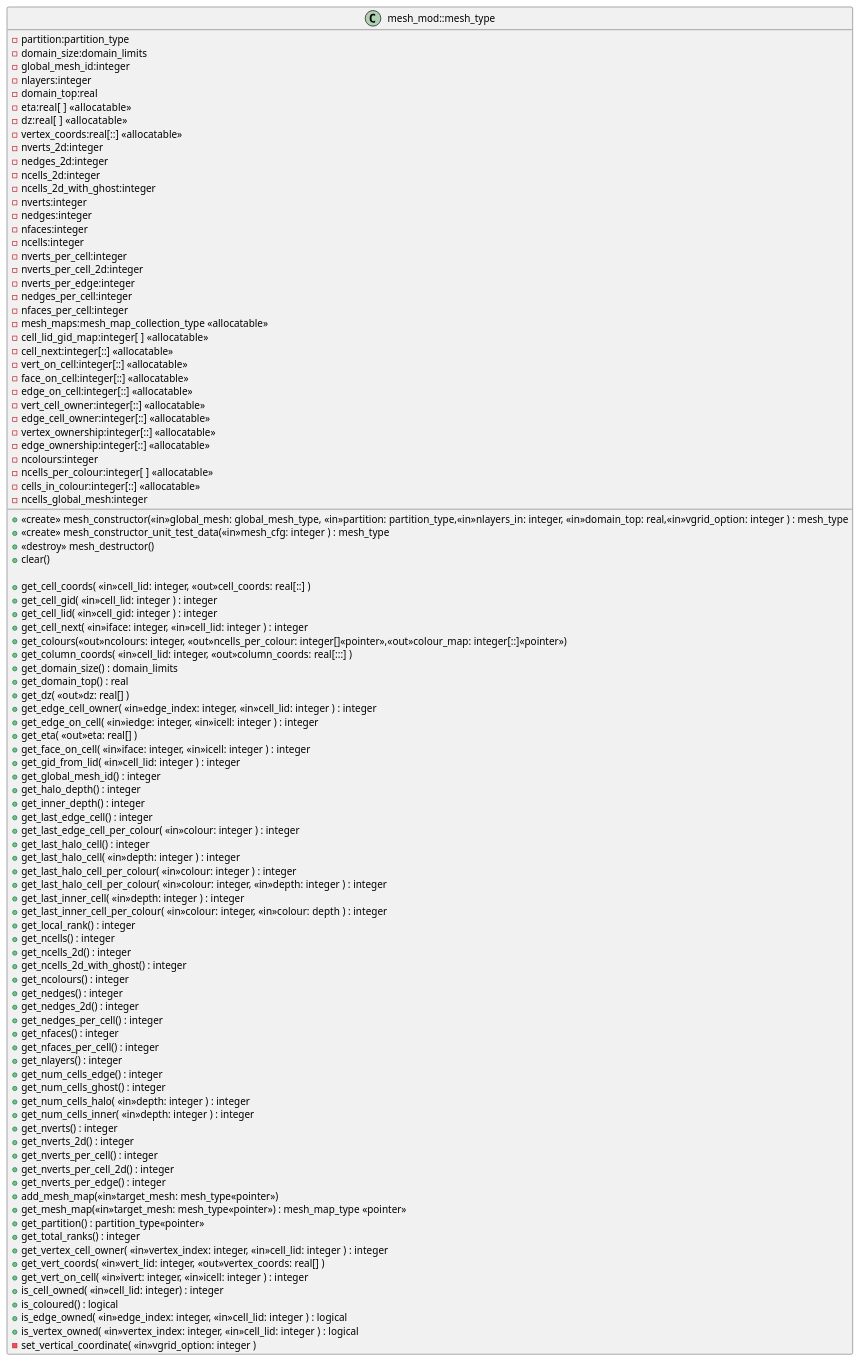
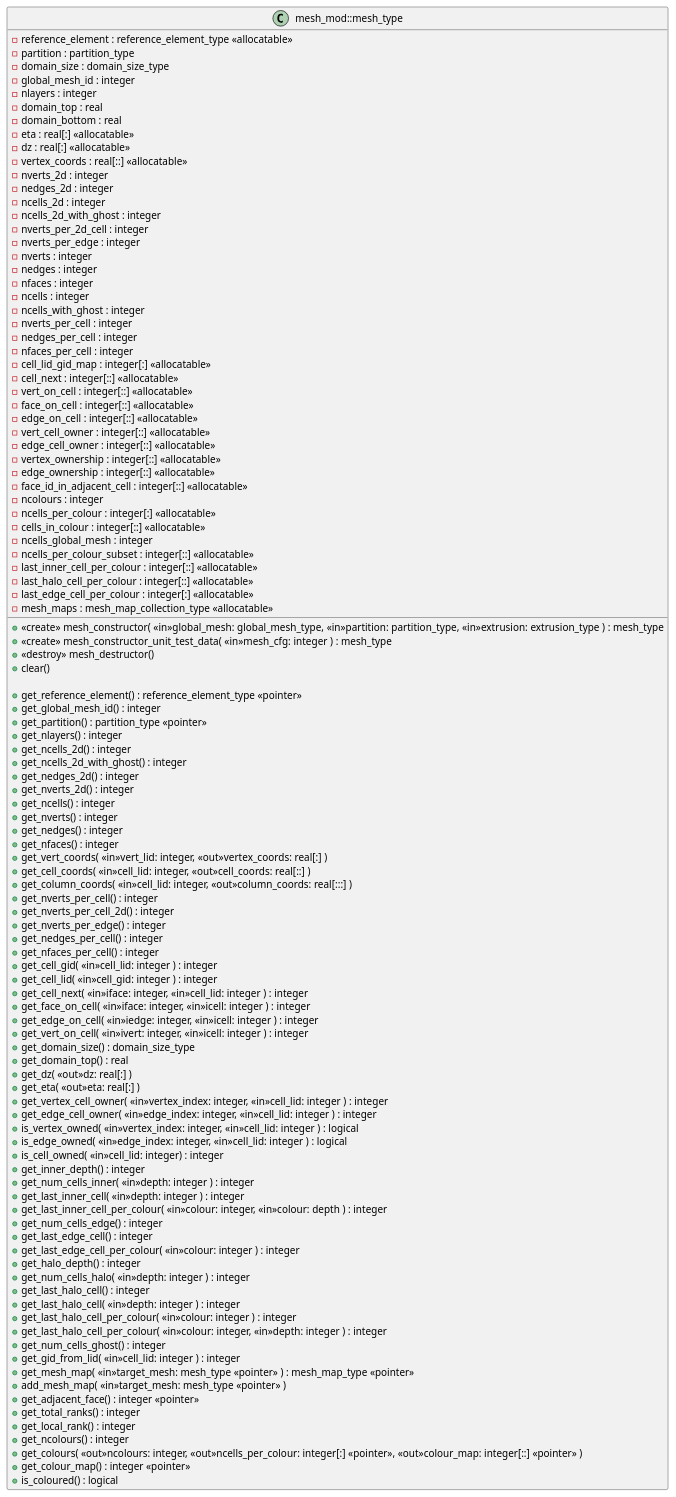
Before and after one commit to EdHone/lfric_core: the diagram in infrastructure/documentation/uml/mesh/mesh_mod.iuml, drawn with PlantUML. The commit also changed 48 other files, not shown here.

Commit message:
ticket:1916 for Iva Kavcic: Get horizontal and vertical vector direction arrays from reference element.

```diff
--- a/infrastructure/documentation/uml/mesh/mesh_mod.iuml
+++ b/infrastructure/documentation/uml/mesh/mesh_mod.iuml
@@ -1,100 +1,114 @@
+' Copyright (c) 2017,  Met Office, on behalf of HMSO and Queen's Printer
+' For further details please refer to the file LICENCE.original which you
+' should have received as part of this distribution.
+
 class mesh_mod::mesh_type {
-  -partition:partition_type
-  -domain_size:domain_limits
-  -global_mesh_id:integer
-  -nlayers:integer
-  -domain_top:real
-  -eta:real[  ] <<allocatable>>
-  -dz:real[  ] <<allocatable>>
-  -vertex_coords:real[::] <<allocatable>>
-  -nverts_2d:integer
-  -nedges_2d:integer
-  -ncells_2d:integer
-  -ncells_2d_with_ghost:integer
-  -nverts:integer
-  -nedges:integer
-  -nfaces:integer
-  -ncells:integer
-  -nverts_per_cell:integer
-  -nverts_per_cell_2d:integer
-  -nverts_per_edge:integer
-  -nedges_per_cell:integer
-  -nfaces_per_cell:integer
-  -mesh_maps:mesh_map_collection_type <<allocatable>>
-  -cell_lid_gid_map:integer[  ] <<allocatable>>
-  -cell_next:integer[::] <<allocatable>>
-  -vert_on_cell:integer[::] <<allocatable>>
-  -face_on_cell:integer[::] <<allocatable>>
-  -edge_on_cell:integer[::] <<allocatable>>
-  -vert_cell_owner:integer[::] <<allocatable>>
-  -edge_cell_owner:integer[::] <<allocatable>>
-  -vertex_ownership:integer[::] <<allocatable>>
-  -edge_ownership:integer[::] <<allocatable>>
-  -ncolours:integer
-  -ncells_per_colour:integer[  ] <<allocatable>>
-  -cells_in_colour:integer[::] <<allocatable>>
-  -ncells_global_mesh:integer
+  -reference_element : reference_element_type <<allocatable>>
+  -partition : partition_type
+  -domain_size : domain_size_type
+  -global_mesh_id : integer
+  -nlayers : integer
+  -domain_top : real
+  -domain_bottom : real
+  -eta : real[:] <<allocatable>>
+  -dz : real[:] <<allocatable>>
+  -vertex_coords : real[::] <<allocatable>>
+  -nverts_2d : integer
+  -nedges_2d : integer
+  -ncells_2d : integer
+  -ncells_2d_with_ghost : integer
+  -nverts_per_2d_cell : integer
+  -nverts_per_edge : integer
+  -nverts : integer
+  -nedges : integer
+  -nfaces : integer
+  -ncells : integer
+  -ncells_with_ghost : integer
+  -nverts_per_cell : integer
+  -nedges_per_cell : integer
+  -nfaces_per_cell : integer
+  -cell_lid_gid_map : integer[:] <<allocatable>>
+  -cell_next : integer[::] <<allocatable>>
+  -vert_on_cell : integer[::] <<allocatable>>
+  -face_on_cell : integer[::] <<allocatable>>
+  -edge_on_cell : integer[::] <<allocatable>>
+  -vert_cell_owner : integer[::] <<allocatable>>
+  -edge_cell_owner : integer[::] <<allocatable>>
+  -vertex_ownership : integer[::] <<allocatable>>
+  -edge_ownership : integer[::] <<allocatable>>
+  -face_id_in_adjacent_cell : integer[::] <<allocatable>>
+  -ncolours : integer
+  -ncells_per_colour : integer[:] <<allocatable>>
+  -cells_in_colour : integer[::] <<allocatable>>
+  -ncells_global_mesh : integer
+  -ncells_per_colour_subset : integer[::] <<allocatable>>
+  -last_inner_cell_per_colour : integer[::] <<allocatable>>
+  -last_halo_cell_per_colour : integer[::] <<allocatable>>
+  -last_edge_cell_per_colour : integer[:] <<allocatable>>
+  -mesh_maps : mesh_map_collection_type <<allocatable>>
 
-  +<<create>>  mesh_constructor(<<in>>global_mesh: global_mesh_type, <<in>>partition: partition_type,<<in>>nlayers_in: integer, <<in>>domain_top: real,<<in>>vgrid_option: integer ) : mesh_type
-  +<<create>>  mesh_constructor_unit_test_data(<<in>>mesh_cfg: integer ) : mesh_type
+  +<<create>>  mesh_constructor( <<in>>global_mesh: global_mesh_type, <<in>>partition: partition_type, <<in>>extrusion: extrusion_type ) : mesh_type
+  +<<create>>  mesh_constructor_unit_test_data( <<in>>mesh_cfg: integer ) : mesh_type
   +<<destroy>> mesh_destructor()
   +clear()
 
+  +get_reference_element() : reference_element_type <<pointer>>
+  +get_global_mesh_id() : integer
+  +get_partition() : partition_type <<pointer>>
+  +get_nlayers() : integer
+  +get_ncells_2d() : integer
+  +get_ncells_2d_with_ghost() : integer
+  +get_nedges_2d() : integer
+  +get_nverts_2d() : integer
+  +get_ncells() : integer
+  +get_nverts() : integer
+  +get_nedges() : integer
+  +get_nfaces() : integer
+  +get_vert_coords( <<in>>vert_lid: integer, <<out>>vertex_coords: real[:] )
   +get_cell_coords( <<in>>cell_lid: integer, <<out>>cell_coords: real[::] )
+  +get_column_coords( <<in>>cell_lid: integer, <<out>>column_coords: real[:::] )
+  +get_nverts_per_cell() : integer
+  +get_nverts_per_cell_2d() : integer
+  +get_nverts_per_edge() : integer
+  +get_nedges_per_cell() : integer
+  +get_nfaces_per_cell() : integer
   +get_cell_gid( <<in>>cell_lid: integer ) : integer
   +get_cell_lid( <<in>>cell_gid: integer ) : integer
   +get_cell_next( <<in>>iface: integer, <<in>>cell_lid: integer ) : integer
-  +get_colours(<<out>>ncolours: integer, <<out>>ncells_per_colour: integer[]<<pointer>>,<<out>>colour_map: integer[::]<<pointer>>)
-  +get_column_coords( <<in>>cell_lid: integer, <<out>>column_coords: real[:::] )
-  +get_domain_size() : domain_limits
+  +get_face_on_cell( <<in>>iface: integer, <<in>>icell: integer ) : integer
+  +get_edge_on_cell( <<in>>iedge: integer, <<in>>icell: integer ) : integer
+  +get_vert_on_cell( <<in>>ivert: integer, <<in>>icell: integer ) : integer
+  +get_domain_size() : domain_size_type
   +get_domain_top() : real
-  +get_dz( <<out>>dz: real[] )
+  +get_dz( <<out>>dz: real[:] )
+  +get_eta( <<out>>eta: real[:] )
+  +get_vertex_cell_owner( <<in>>vertex_index: integer, <<in>>cell_lid: integer ) : integer
   +get_edge_cell_owner( <<in>>edge_index: integer, <<in>>cell_lid: integer ) : integer
-  +get_edge_on_cell( <<in>>iedge: integer, <<in>>icell: integer ) : integer
-  +get_eta( <<out>>eta: real[] )
-  +get_face_on_cell( <<in>>iface: integer, <<in>>icell: integer ) : integer
-  +get_gid_from_lid( <<in>>cell_lid: integer ) : integer
-  +get_global_mesh_id() : integer
-  +get_halo_depth() : integer
+  +is_vertex_owned( <<in>>vertex_index: integer, <<in>>cell_lid: integer ) : logical
+  +is_edge_owned( <<in>>edge_index: integer, <<in>>cell_lid: integer ) : logical
+  +is_cell_owned( <<in>>cell_lid: integer) : integer
   +get_inner_depth() : integer
+  +get_num_cells_inner( <<in>>depth: integer ) : integer
+  +get_last_inner_cell( <<in>>depth: integer ) : integer
+  +get_last_inner_cell_per_colour( <<in>>colour: integer, <<in>>colour: depth ) : integer
+  +get_num_cells_edge() : integer
   +get_last_edge_cell() : integer
   +get_last_edge_cell_per_colour( <<in>>colour: integer ) : integer
+  +get_halo_depth() : integer
+  +get_num_cells_halo( <<in>>depth: integer ) : integer
   +get_last_halo_cell() : integer
   +get_last_halo_cell( <<in>>depth: integer ) : integer
   +get_last_halo_cell_per_colour( <<in>>colour: integer ) : integer
   +get_last_halo_cell_per_colour( <<in>>colour: integer, <<in>>depth: integer ) : integer
-  +get_last_inner_cell( <<in>>depth: integer ) : integer
-  +get_last_inner_cell_per_colour( <<in>>colour: integer, <<in>>colour: depth ) : integer
+  +get_num_cells_ghost() : integer
+  +get_gid_from_lid( <<in>>cell_lid: integer ) : integer
+  +get_mesh_map( <<in>>target_mesh: mesh_type <<pointer>> ) : mesh_map_type <<pointer>>
+  +add_mesh_map( <<in>>target_mesh: mesh_type <<pointer>> )
+  +get_adjacent_face() : integer <<pointer>>
+  +get_total_ranks() : integer
   +get_local_rank() : integer
-  +get_ncells() : integer
-  +get_ncells_2d() : integer
-  +get_ncells_2d_with_ghost() : integer
   +get_ncolours() : integer
-  +get_nedges() : integer
-  +get_nedges_2d() : integer
-  +get_nedges_per_cell() : integer
-  +get_nfaces() : integer
-  +get_nfaces_per_cell() : integer
-  +get_nlayers() : integer
-  +get_num_cells_edge() : integer
-  +get_num_cells_ghost() : integer
-  +get_num_cells_halo( <<in>>depth: integer ) : integer
-  +get_num_cells_inner( <<in>>depth: integer ) : integer
-  +get_nverts() : integer
-  +get_nverts_2d() : integer
-  +get_nverts_per_cell() : integer
-  +get_nverts_per_cell_2d() : integer
-  +get_nverts_per_edge() : integer
-  +add_mesh_map(<<in>>target_mesh: mesh_type<<pointer>>)
-  +get_mesh_map(<<in>>target_mesh: mesh_type<<pointer>>) : mesh_map_type <<pointer>>
-  +get_partition() : partition_type<<pointer>>
-  +get_total_ranks() : integer
-  +get_vertex_cell_owner( <<in>>vertex_index: integer, <<in>>cell_lid: integer ) : integer
-  +get_vert_coords( <<in>>vert_lid: integer, <<out>>vertex_coords: real[] )
-  +get_vert_on_cell( <<in>>ivert: integer, <<in>>icell: integer ) : integer
-  +is_cell_owned( <<in>>cell_lid: integer) : integer
+  +get_colours( <<out>>ncolours: integer, <<out>>ncells_per_colour: integer[:] <<pointer>>, <<out>>colour_map: integer[::] <<pointer>> )
+  +get_colour_map() : integer <<pointer>>
   +is_coloured() : logical
-  +is_edge_owned( <<in>>edge_index: integer, <<in>>cell_lid: integer ) : logical
-  +is_vertex_owned( <<in>>vertex_index: integer, <<in>>cell_lid: integer ) : logical
-  -set_vertical_coordinate( <<in>>vgrid_option: integer )
 }
```
